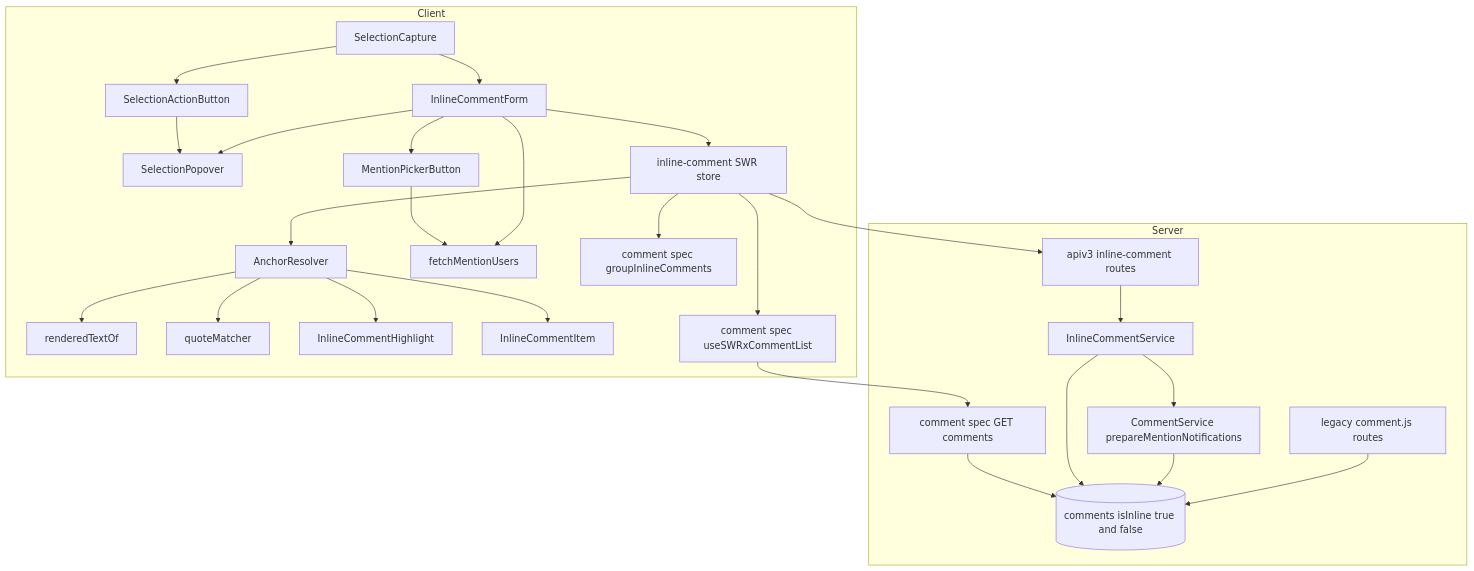
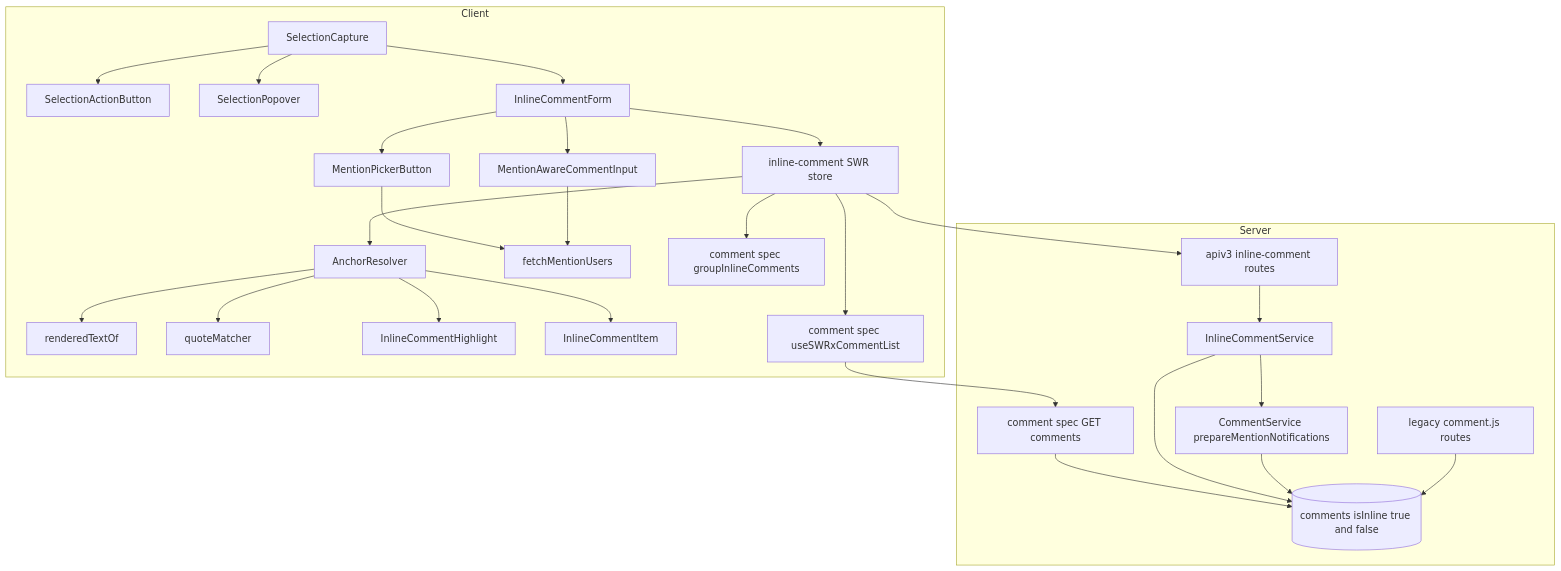
The first of 5 diagrams in .kiro/specs/inline-comment/design.md (growilabs/growi), drawn with Mermaid before and after one commit. The commit also changed other lines of this file and 2 other files, not shown here.

First line of the commit message:
docs(spec): align inline-comment spec with the code after a full claim-by-claim pass

````diff
--- a/.kiro/specs/inline-comment/design.md
+++ b/.kiro/specs/inline-comment/design.md
@@ -161,53 +161,54 @@
 ```mermaid
 graph TB
     subgraph Client
         SelectionCapture[SelectionCapture]
         SelectionActionButton[SelectionActionButton]
         SelectionPopover[SelectionPopover]
         AnchorResolver[AnchorResolver]
         RenderedText[renderedTextOf]
         QuoteMatcher[quoteMatcher]
         HighlightOverlay[InlineCommentHighlight]
         InlineCommentForm[InlineCommentForm]
         MentionPickerButton[MentionPickerButton]
+        MentionAwareInput[MentionAwareCommentInput]
         FetchMentionUsers[fetchMentionUsers]
         InlineCommentItem[InlineCommentItem]
         InlineCommentStore[inline-comment SWR store]
         GroupInline[comment spec groupInlineComments]
         SharedCommentList[comment spec useSWRxCommentList]
     end
 
     subgraph Server
         InlineCommentRoutes[apiv3 inline-comment routes]
         InlineCommentService[InlineCommentService]
         CommentService[CommentService prepareMentionNotifications]
         LegacyCommentRoutes[legacy comment.js routes]
         CommentListApi[comment spec GET comments]
         CommentsTable[(comments isInline true and false)]
     end
 
+    SelectionCapture --> SelectionPopover
     SelectionCapture --> SelectionActionButton
     SelectionCapture --> InlineCommentForm
-    SelectionActionButton --> SelectionPopover
-    InlineCommentForm --> SelectionPopover
     InlineCommentForm --> MentionPickerButton
+    InlineCommentForm --> MentionAwareInput
     MentionPickerButton --> FetchMentionUsers
-    InlineCommentForm --> FetchMentionUsers
+    MentionAwareInput --> FetchMentionUsers
     InlineCommentForm --> InlineCommentStore
     InlineCommentStore --> InlineCommentRoutes
     InlineCommentStore --> SharedCommentList
     InlineCommentStore --> GroupInline
     SharedCommentList --> CommentListApi
     CommentListApi --> CommentsTable
     InlineCommentRoutes --> InlineCommentService
     InlineCommentService --> CommentsTable
     InlineCommentService --> CommentService
     CommentService --> CommentsTable
     LegacyCommentRoutes --> CommentsTable
 
     InlineCommentStore --> AnchorResolver
     AnchorResolver --> RenderedText
     AnchorResolver --> QuoteMatcher
     AnchorResolver --> HighlightOverlay
     AnchorResolver --> InlineCommentItem
 ```
````
